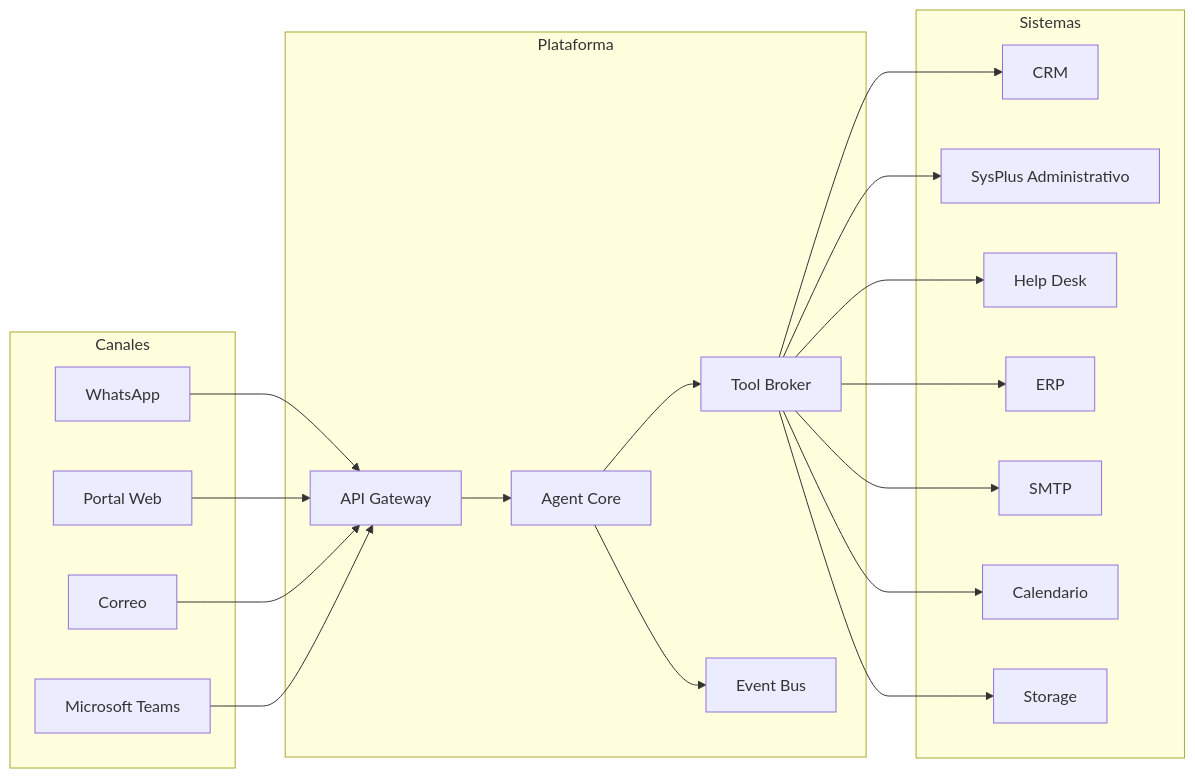
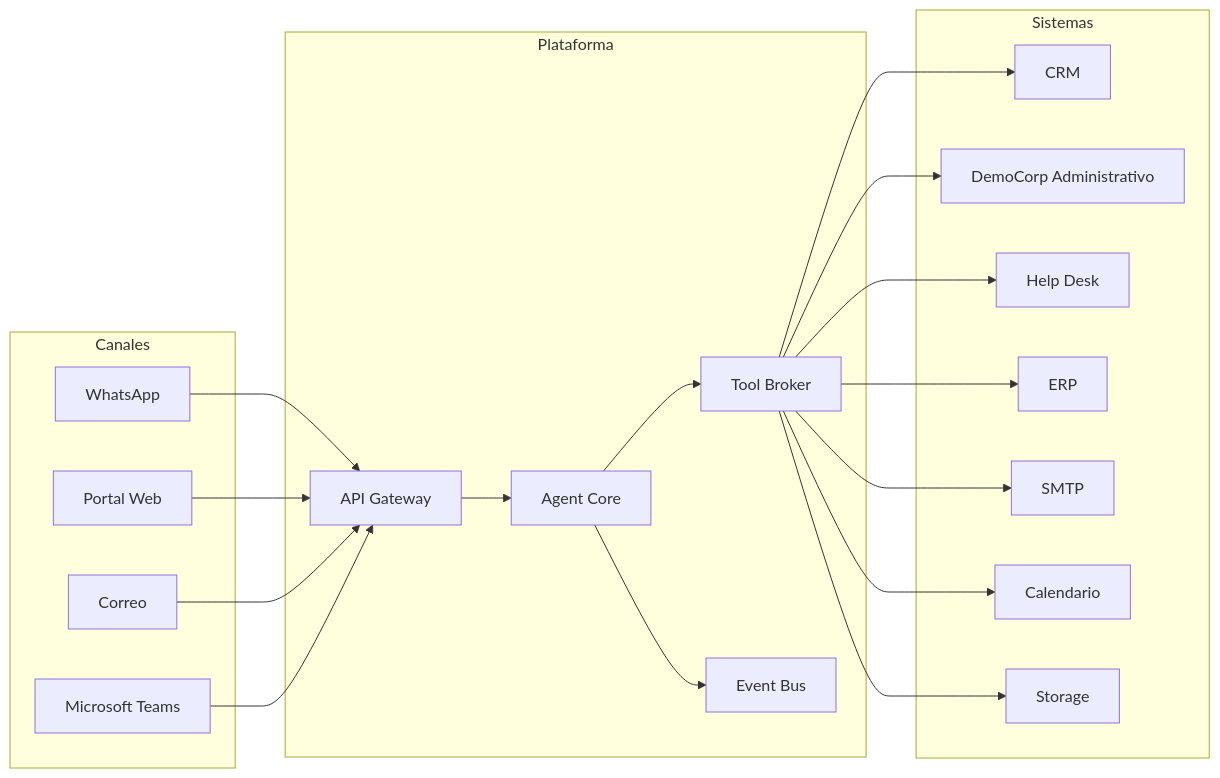
One commit to IngKevin95/DemoWhatsappAgent changed the diagram in docs/07-arquitectura/fase-4-multiagente/04-Arquitectura_Integraciones_Empresariales.md. Above: the diagram before and after it, drawn with Mermaid. The commit also changed other lines of this file and 49 other files, not shown here.

Commit message:
refactor: white-labeling completo a DemoCorp y DemoAgent (Fase 1)

````diff
--- a/docs/07-arquitectura/fase-4-multiagente/04-Arquitectura_Integraciones_Empresariales.md
+++ b/docs/07-arquitectura/fase-4-multiagente/04-Arquitectura_Integraciones_Empresariales.md
@@ -37,44 +37,44 @@
 ```mermaid
 flowchart LR
 
 subgraph Canales
 WA[WhatsApp]
 WEB[Portal Web]
 EMAIL[Correo]
 TEAMS[Microsoft Teams]
 end
 
 subgraph Plataforma
 API[API Gateway]
 CORE[Agent Core]
 TB[Tool Broker]
 EVENTS[Event Bus]
 end
 
 subgraph Sistemas
 CRM
-SYS[SysPlus Administrativo]
+SYS[DemoCorp Administrativo]
 HELP[Help Desk]
 ERP
 SMTP
 CAL[Calendario]
 FILES[Storage]
 end
 
 WA --> API
 WEB --> API
 EMAIL --> API
 TEAMS --> API
 
 API --> CORE
 CORE --> TB
 CORE --> EVENTS
 
 TB --> CRM
 TB --> SYS
 TB --> HELP
 TB --> ERP
 TB --> SMTP
 TB --> CAL
 TB --> FILES
 ```
````
